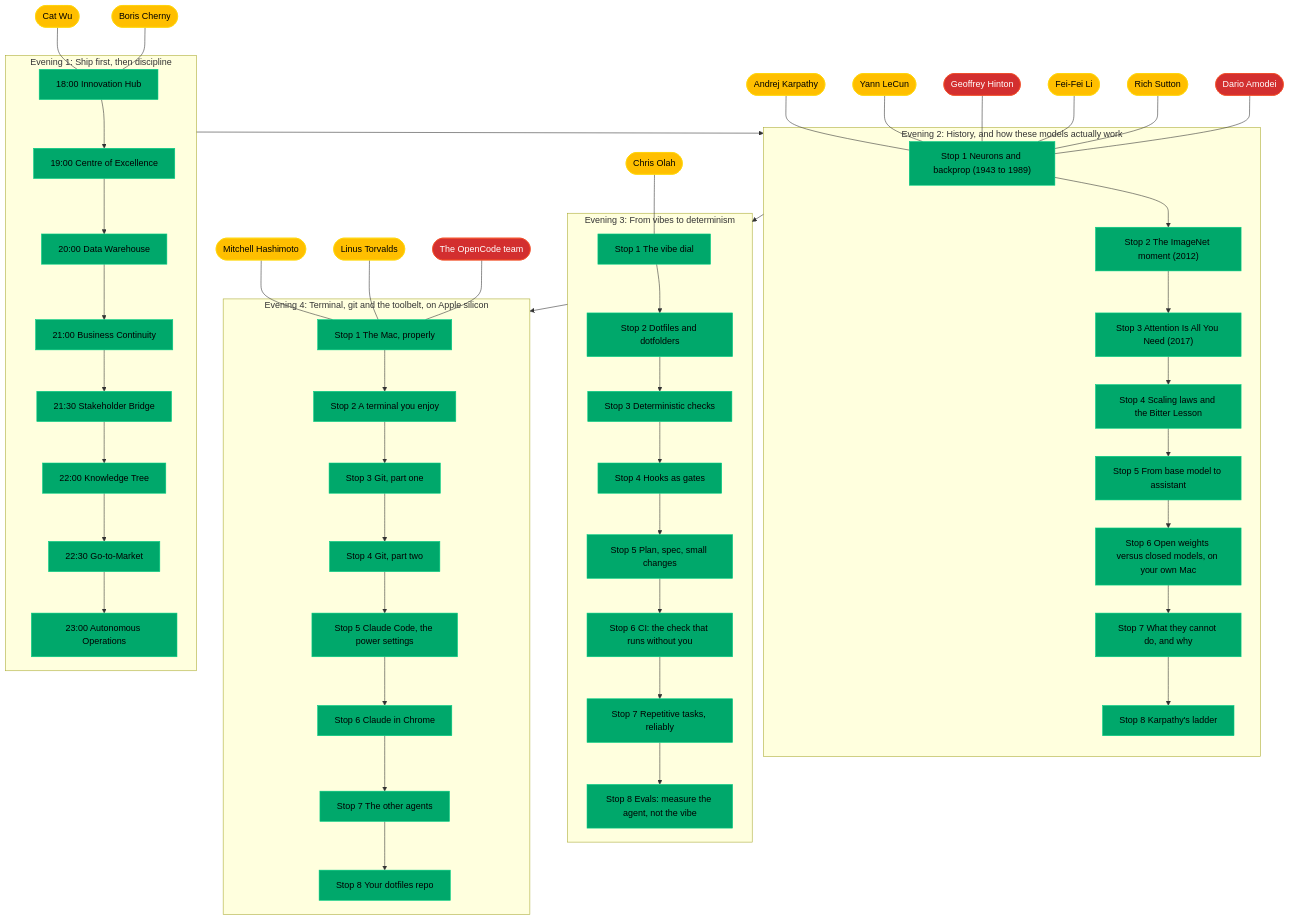
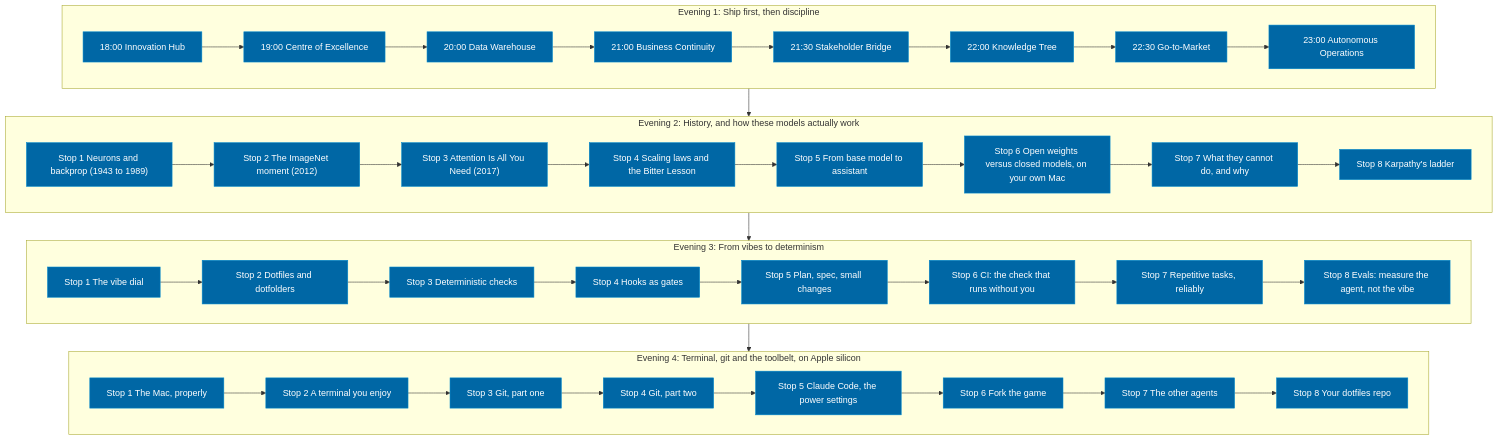
One commit to tpetedb/vibe-map-played changed the first of 2 diagrams in vault/Camp/Map.md. Above: the diagram before and after it, drawn with Mermaid. The commit also changed other lines of this file and 136 other files, not shown here.

```diff
--- a/vault/Camp/Map.md
+++ b/vault/Camp/Map.md
@@ -48,7 +48,7 @@
     p2["Stop 3 Git, part one"]
     p3["Stop 4 Git, part two"]
     p4["Stop 5 Claude Code, the power settings"]
-    p5["Stop 6 Claude in Chrome"]
+    p5["Stop 6 Fork the game"]
     p6["Stop 7 The other agents"]
     p7["Stop 8 Your dotfiles repo"]
     p0 --> p1 --> p2 --> p3 --> p4 --> p5 --> p6 --> p7
@@ -56,46 +56,10 @@
   E0 --> E1
   E1 --> E2
   E2 --> E3
-  class c0,c1,c2,c3,c4,c5,c6,c7 done
-  class w0,w1,w2,w3,w4,w5,w6,w7 done
-  class d0,d1,d2,d3,d4,d5,d6,d7 done
-  class p0,p1,p2,p3,p4,p5,p6,p7 done
-  M_cherny(["Boris Cherny"])
-  M_cherny --- c0
-  class M_cherny deep
-  M_wu(["Cat Wu"])
-  M_wu --- c0
-  class M_wu deep
-  M_karpathy(["Andrej Karpathy"])
-  M_karpathy --- w0
-  class M_karpathy deep
-  M_lecun(["Yann LeCun"])
-  M_lecun --- w0
-  class M_lecun deep
-  M_hinton(["Geoffrey Hinton"])
-  M_hinton --- w0
-  class M_hinton skip
-  M_li(["Fei-Fei Li"])
-  M_li --- w0
-  class M_li deep
-  M_sutton(["Rich Sutton"])
-  M_sutton --- w0
-  class M_sutton deep
-  M_amodei(["Dario Amodei"])
-  M_amodei --- w0
-  class M_amodei skip
-  M_olah(["Chris Olah"])
-  M_olah --- d0
-  class M_olah deep
-  M_hashimoto(["Mitchell Hashimoto"])
-  M_hashimoto --- p0
-  class M_hashimoto deep
-  M_torvalds(["Linus Torvalds"])
-  M_torvalds --- p0
-  class M_torvalds deep
-  M_opencode(["The OpenCode team"])
-  M_opencode --- p0
-  class M_opencode skip
+  class c0,c1,c2,c3,c4,c5,c6,c7 todo
+  class w0,w1,w2,w3,w4,w5,w6,w7 todo
+  class d0,d1,d2,d3,d4,d5,d6,d7 todo
+  class p0,p1,p2,p3,p4,p5,p6,p7 todo
   classDef done fill:#00A86B,stroke:#00D084,color:#000000
   classDef todo fill:#0067A5,stroke:#0088CC,color:#FFFFFF
   classDef deep fill:#FFBF00,stroke:#FFD500,color:#000000
```
